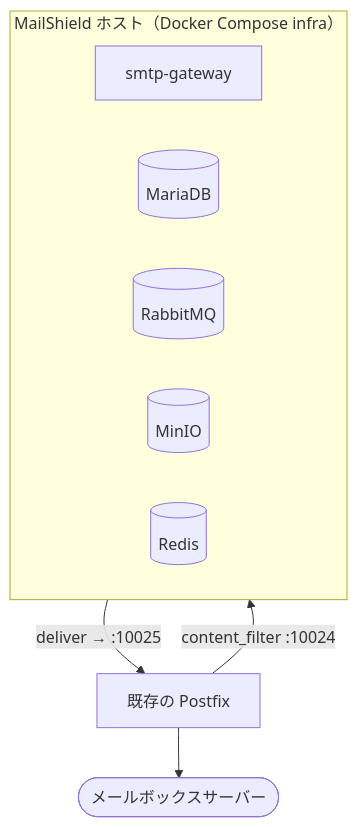
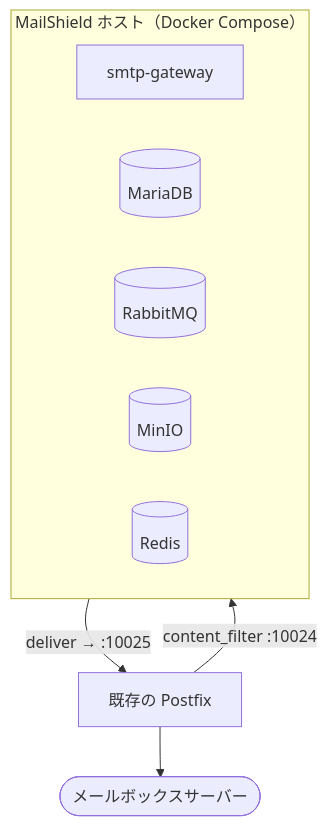
The second of 3 diagrams in docs/setup/overview.md (yumekui08/mailshield), drawn with Mermaid before and after one commit. The commit also changed other lines of this file and 5 other files, not shown here.

Commit message:
modified:   Makefile 	modified:   docker-compose.yml 	modified:   docs/setup/binary-install.md 	modified:   docs/setup/overview.md 	modified:   docs/setup/profiles.md 	modified:   docs/setup/quick-start.md

````diff
--- a/docs/setup/overview.md
+++ b/docs/setup/overview.md
@@ -180,15 +181,15 @@
 ```mermaid
 flowchart TD
     ExtMTA["既存の Postfix"] -->|"content_filter :10024"| MS
 
-    subgraph MS["MailShield ホスト（Docker Compose infra）"]
+    subgraph MS["MailShield ホスト（Docker Compose）"]
         GW["smtp-gateway"]
         DB[("MariaDB")]
         MQ[("RabbitMQ")]
         S3[("MinIO")]
         RD[("Redis")]
     end
 
     MS -->|"deliver → :10025"| ExtMTA
     ExtMTA --> Mailbox(["メールボックスサーバー"])
 ```
````
